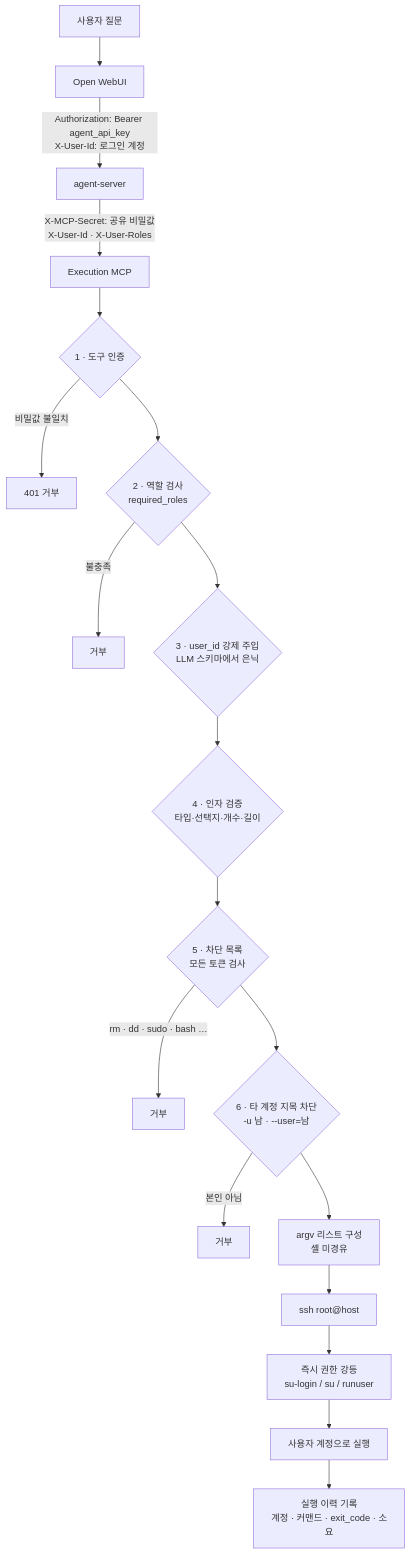
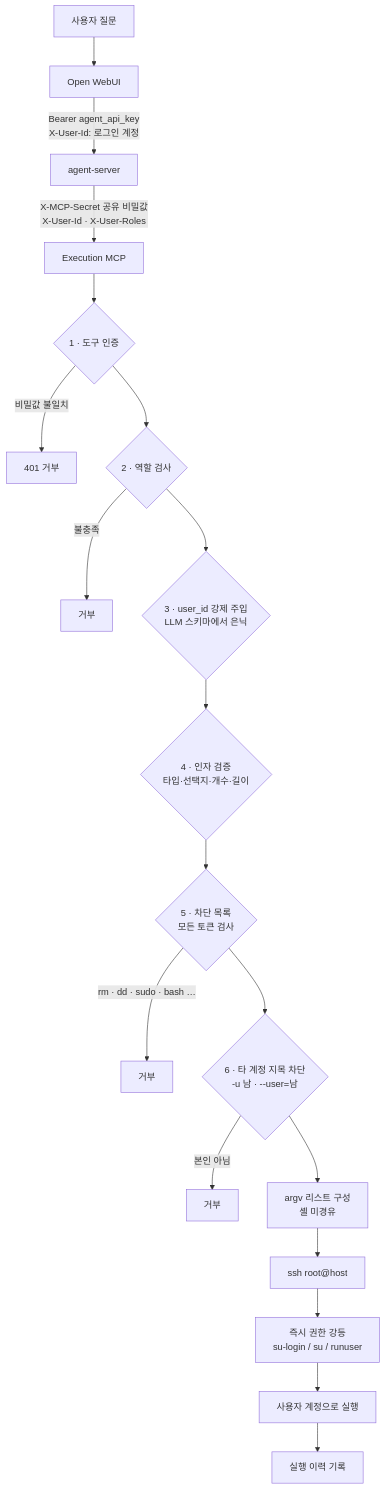
Before and after one commit to ssyrc/AI-Infra-Assistant-pub: the fourth of 4 diagrams in README.md, drawn with Mermaid. The commit also changed other lines of this file, not shown here.

````diff
--- a/README.md
+++ b/README.md
@@ -201,22 +174,22 @@
 ```mermaid
 flowchart TB
     Q["사용자 질문"] --> W["Open WebUI"]
-    W -->|"Authorization: Bearer agent_api_key<br/>X-User-Id: 로그인 계정"| A["agent-server"]
-    A -->|"X-MCP-Secret: 공유 비밀값<br/>X-User-Id · X-User-Roles"| M["Execution MCP"]
+    W -->|"Bearer agent_api_key<br/>X-User-Id: 로그인 계정"| A["agent-server"]
+    A -->|"X-MCP-Secret 공유 비밀값<br/>X-User-Id · X-User-Roles"| M["Execution MCP"]
 
     M --> C1{"1 · 도구 인증"}
     C1 -->|"비밀값 불일치"| D1["401 거부"]
-    C1 --> C2{"2 · 역할 검사<br/>required_roles"}
+    C1 --> C2{"2 · 역할 검사"}
     C2 -->|"불충족"| D2["거부"]
     C2 --> C3{"3 · user_id 강제 주입<br/>LLM 스키마에서 은닉"}
     C3 --> C4{"4 · 인자 검증<br/>타입·선택지·개수·길이"}
     C4 --> C5{"5 · 차단 목록<br/>모든 토큰 검사"}
     C5 -->|"rm · dd · sudo · bash …"| D3["거부"]
     C5 --> C6{"6 · 타 계정 지목 차단<br/>-u 남 · --user=남"}
     C6 -->|"본인 아님"| D4["거부"]
     C6 --> S["argv 리스트 구성<br/>셸 미경유"]
     S --> SSH["ssh root@host"]
     SSH --> DROP["즉시 권한 강등<br/>su-login / su / runuser"]
     DROP --> RUN["사용자 계정으로 실행"]
-    RUN --> LOG["실행 이력 기록<br/>계정 · 커맨드 · exit_code · 소요"]
+    RUN --> LOG["실행 이력 기록"]
 ```
````
